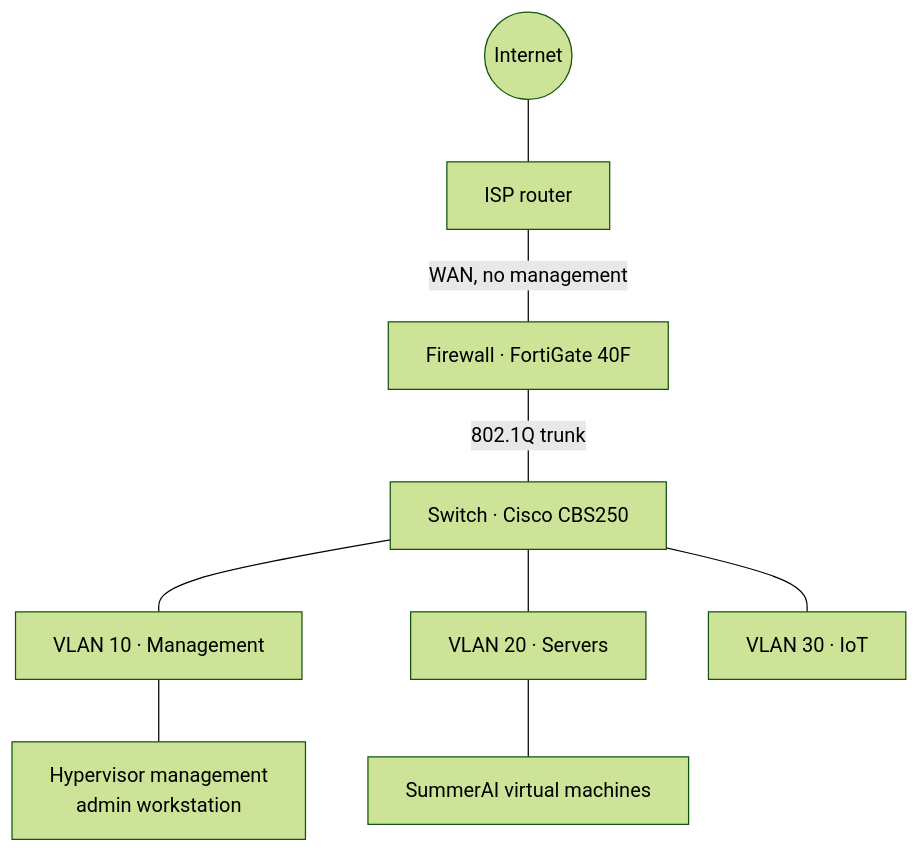
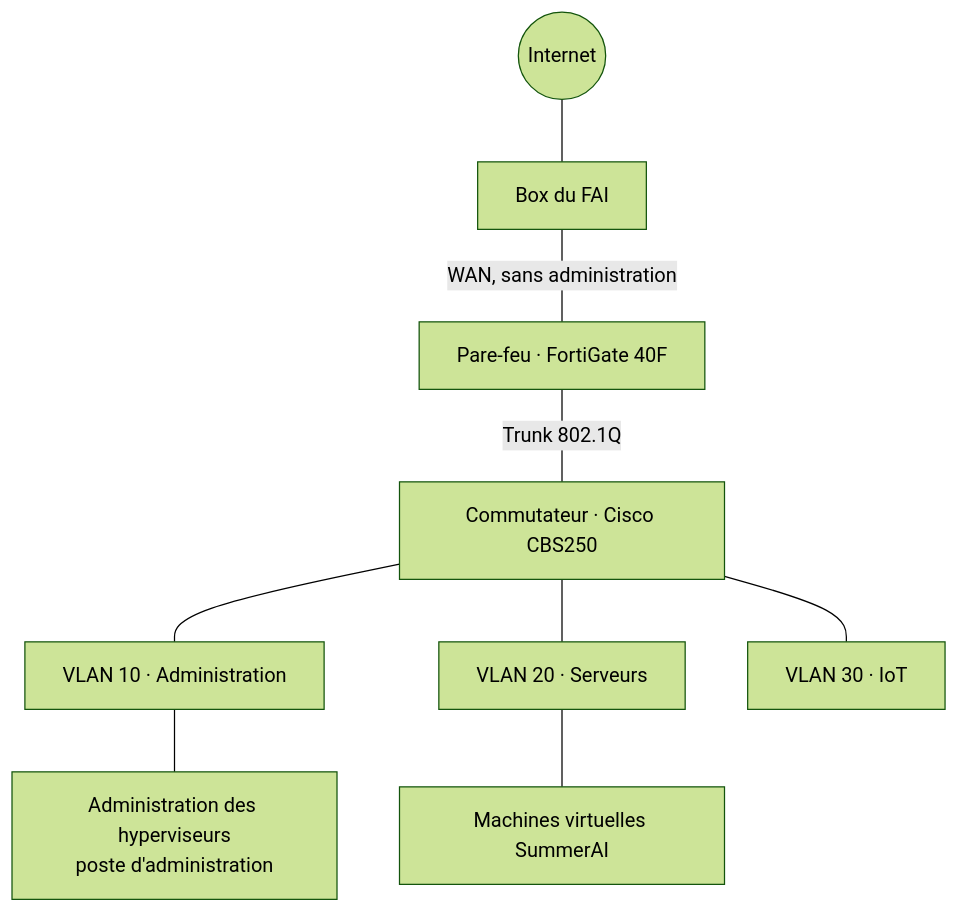
Before and after one commit to rem-lit/SummerAI: the second of 2 diagrams in docs/architecture.md, drawn with Mermaid (forest theme). The commit also changed other lines of this file and 22 other files, not shown here.

````diff
--- a/docs/architecture.md
+++ b/docs/architecture.md
@@ -101,11 +107,11 @@
 ```mermaid
 flowchart TB
-    internet((Internet)) --- isp[ISP router]
-    isp ---|WAN, no management| fw[Firewall · FortiGate 40F]
-    fw ---|802.1Q trunk| sw[Switch · Cisco CBS250]
-    sw --- mgmt[VLAN 10 · Management]
-    sw --- srv[VLAN 20 · Servers]
+    internet((Internet)) --- isp[Box du FAI]
+    isp ---|WAN, sans administration| fw[Pare-feu · FortiGate 40F]
+    fw ---|Trunk 802.1Q| sw[Commutateur · Cisco CBS250]
+    sw --- mgmt[VLAN 10 · Administration]
+    sw --- srv[VLAN 20 · Serveurs]
     sw --- iot[VLAN 30 · IoT]
-    mgmt --- hv[Hypervisor management<br/>admin workstation]
-    srv --- vms[SummerAI virtual machines]
+    mgmt --- hv[Administration des hyperviseurs<br/>poste d'administration]
+    srv --- vms[Machines virtuelles SummerAI]
 ```
````
